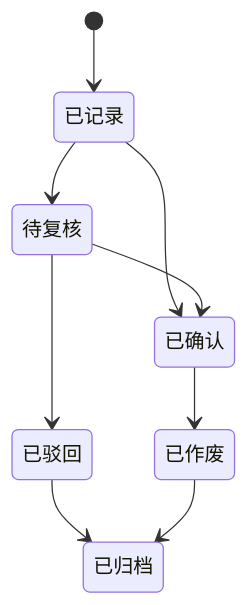
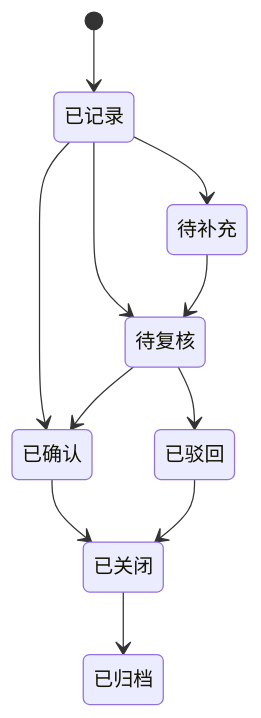
Diagram 19 of 21 in docs/platform-governance-product-spec-v0.2.md (jxh1979/mall), drawn with Mermaid before and after one commit. The commit also changed other lines of this file and 8 other files, not shown here.

````diff
--- a/docs/platform-governance-product-spec-v0.2.md
+++ b/docs/platform-governance-product-spec-v0.2.md
@@ -2223,11 +2156,13 @@
 ```mermaid
 stateDiagram-v2
     [*] --> 已记录
     已记录 --> 待复核
     已记录 --> 已确认
+    已记录 --> 待补充
+    待补充 --> 待复核
     待复核 --> 已确认
     待复核 --> 已驳回
-    已确认 --> 已作废
-    已驳回 --> 已归档
-    已作废 --> 已归档
+    已确认 --> 已关闭
+    已驳回 --> 已关闭
+    已关闭 --> 已归档
 ```
````
